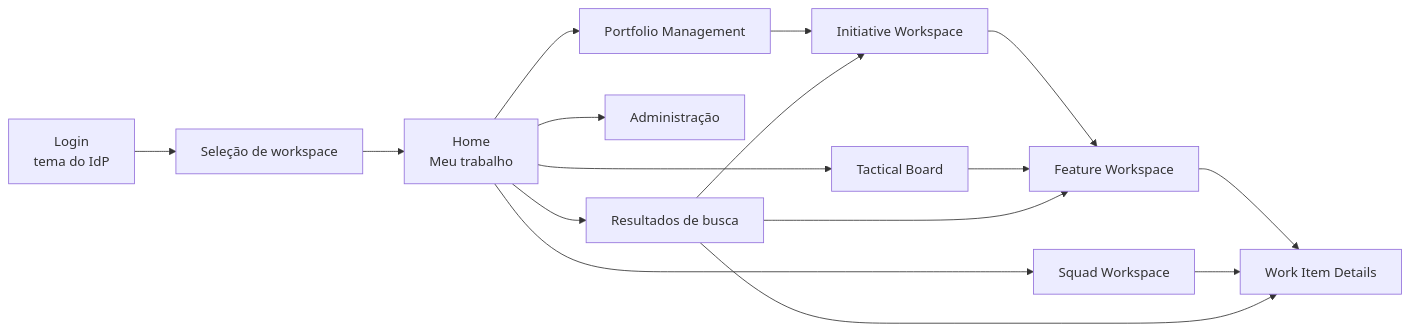
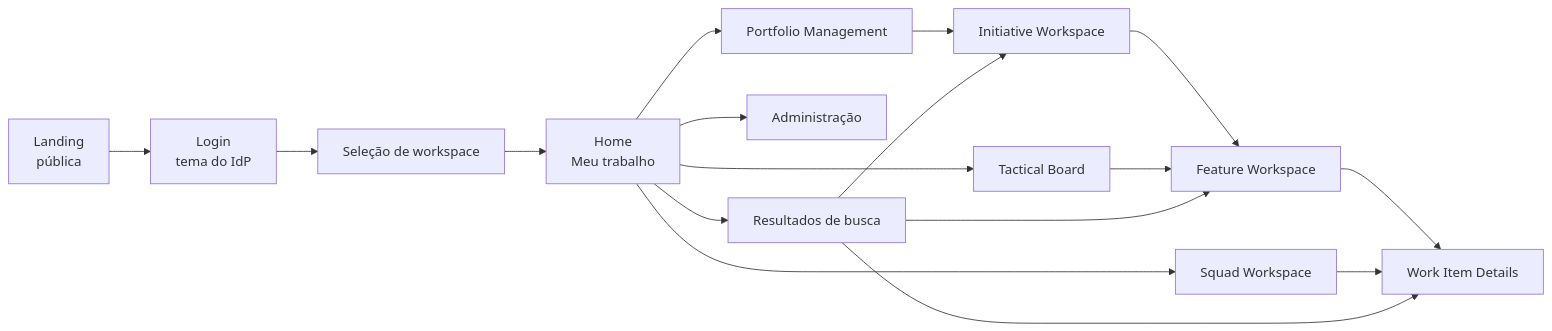
One commit to dufelizardo/aqua_qe-enterprise-agility-platform changed the diagram in doc/UX-UI.md. Above: the diagram before and after it, drawn with Mermaid. The commit also changed other lines of this file and 167 other files, not shown here.

````diff
--- a/doc/UX-UI.md
+++ b/doc/UX-UI.md
@@ -155,18 +162,19 @@
 ```mermaid
 flowchart LR
-    LOGIN["Login<br/>tema do IdP"] --> WS["Seleção de workspace"]
+    LAND["Landing<br/>pública"] --> LOGIN["Login<br/>tema do IdP"]
+    LOGIN --> WS["Seleção de workspace"]
     WS --> HOME["Home<br/>Meu trabalho"]
     HOME --> PORT["Portfolio Management"]
     HOME --> TAC["Tactical Board"]
     HOME --> SQ["Squad Workspace"]
     HOME --> ADM["Administração"]
     PORT --> INIT["Initiative Workspace"]
     INIT --> FEAT["Feature Workspace"]
     TAC --> FEAT
     FEAT --> ITEM["Work Item Details"]
     SQ --> ITEM
     HOME --> SEARCH["Resultados de busca"]
     SEARCH --> INIT
     SEARCH --> FEAT
     SEARCH --> ITEM
 ```
````
